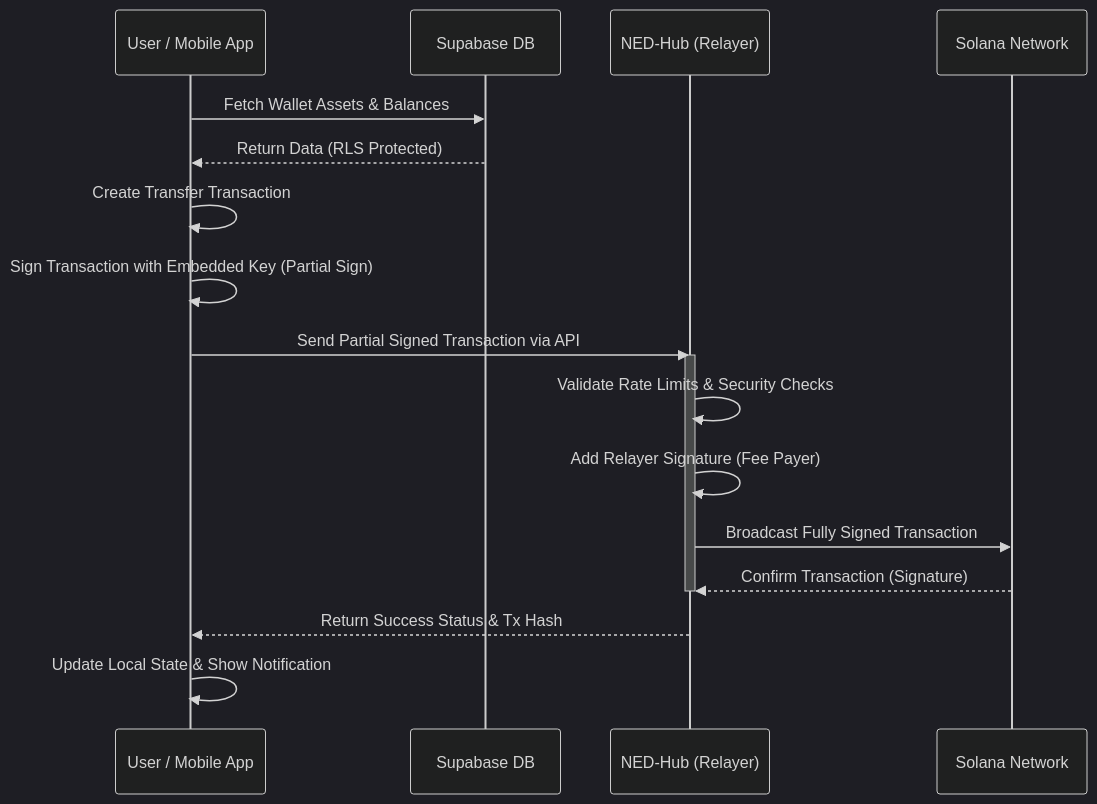
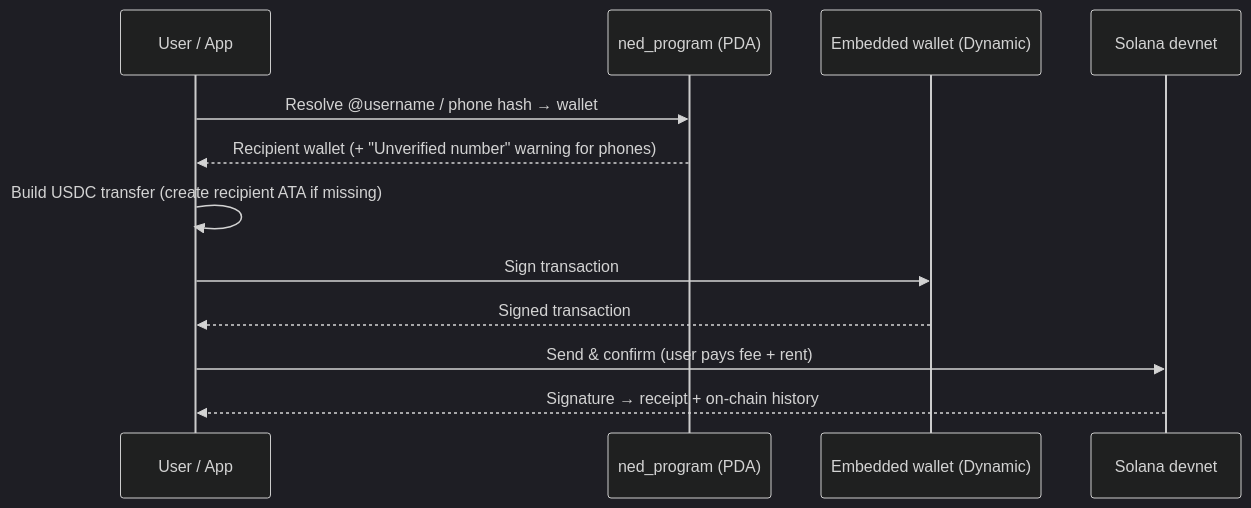
One commit to Tdat10052499/Unihackfest-2026 changed the second of 2 diagrams in README.md. Above: the diagram before and after it, drawn with Mermaid (dark theme). The commit also changed other lines of this file and 4 other files, not shown here.

First line of the commit message:
docs(t0.5): document the backend-free architecture

````diff
--- a/README.md
+++ b/README.md
@@ -125,26 +121,15 @@
 ```mermaid
 sequenceDiagram
-    participant User as User / Mobile App
-    participant Supabase as Supabase DB
-    participant Hub as NED-Hub (Relayer)
-    participant Solana as Solana Network
+    participant U as User / App
+    participant P as ned_program (PDA)
+    participant W as Embedded wallet (Dynamic)
+    participant S as Solana devnet
 
-    User->>Supabase: Fetch Wallet Assets & Balances
-    Supabase-->>User: Return Data (RLS Protected)
-    
-    User->>User: Create Transfer Transaction
-    User->>User: Sign Transaction with Embedded Key (Partial Sign)
-    
-    User->>Hub: Send Partial Signed Transaction via API
-    
-    activate Hub
-    Hub->>Hub: Validate Rate Limits & Security Checks
-    Hub->>Hub: Add Relayer Signature (Fee Payer)
-    Hub->>Solana: Broadcast Fully Signed Transaction
-    
-    Solana-->>Hub: Confirm Transaction (Signature)
-    deactivate Hub
-    
-    Hub-->>User: Return Success Status & Tx Hash
-    User->>User: Update Local State & Show Notification
+    U->>P: Resolve @username / phone hash → wallet
+    P-->>U: Recipient wallet (+ "Unverified number" warning for phones)
+    U->>U: Build USDC transfer (create recipient ATA if missing)
+    U->>W: Sign transaction
+    W-->>U: Signed transaction
+    U->>S: Send & confirm (user pays fee + rent)
+    S-->>U: Signature → receipt + on-chain history
 ```
````
